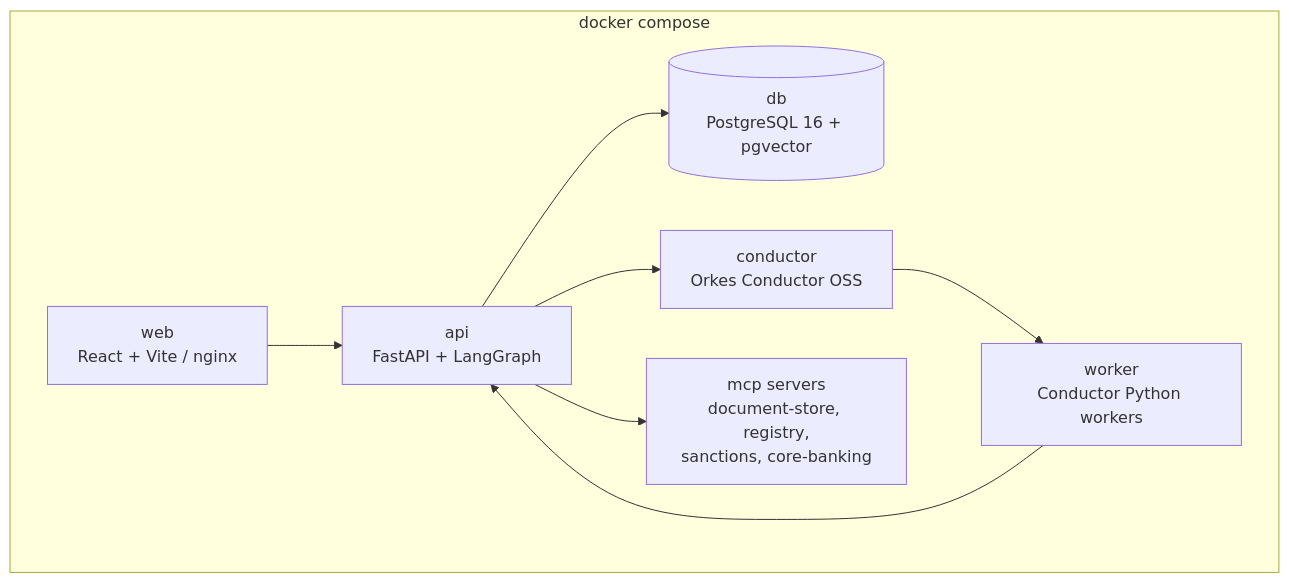
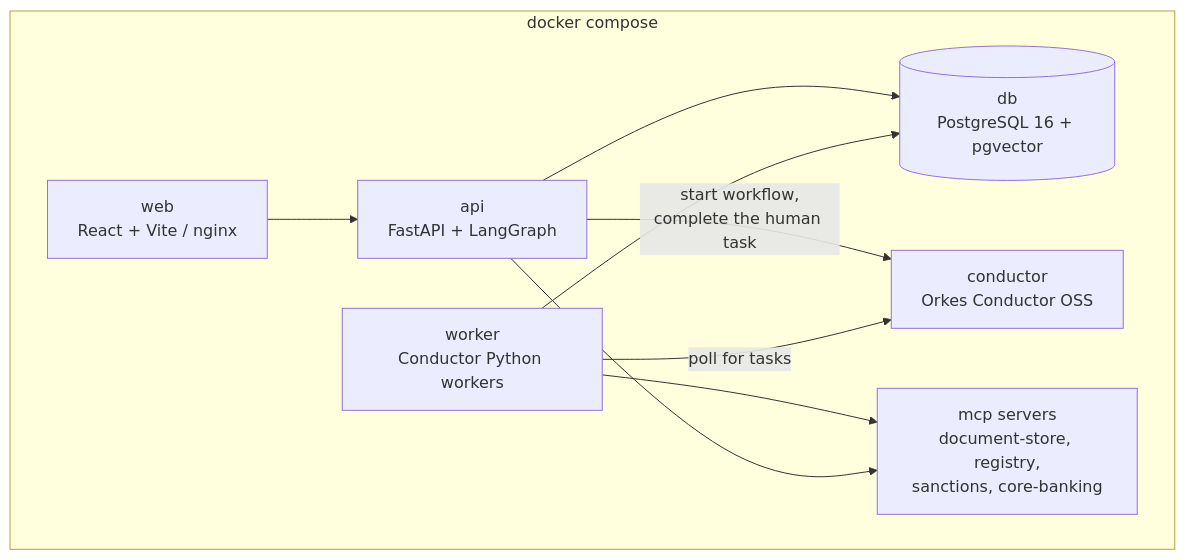
Before and after one commit to leopbar/wathiq: the fifth of 5 diagrams in docs/ARCHITECTURE.md, drawn with Mermaid. The commit also changed other lines of this file and 48 other files, not shown here.

First line of the commit message:
feat: M4 process layer — Conductor workflow, idempotent posting, SLA escalation

````diff
--- a/docs/ARCHITECTURE.md
+++ b/docs/ARCHITECTURE.md
@@ -218,17 +298,18 @@
 ```mermaid
 flowchart TB
     subgraph docker["docker compose"]
         web["web<br/>React + Vite / nginx"]
         api["api<br/>FastAPI + LangGraph"]
         worker["worker<br/>Conductor Python workers"]
         mcp["mcp servers<br/>document-store, registry,<br/>sanctions, core-banking"]
         conductor["conductor<br/>Orkes Conductor OSS"]
         db[("db<br/>PostgreSQL 16 + pgvector")]
     end
     web --> api
     api --> db
-    api --> conductor
-    conductor --> worker
-    worker --> api
+    api -->|"start workflow,<br/>complete the human task"| conductor
+    worker -->|"poll for tasks"| conductor
+    worker --> db
+    worker --> mcp
     api --> mcp
 ```
````
